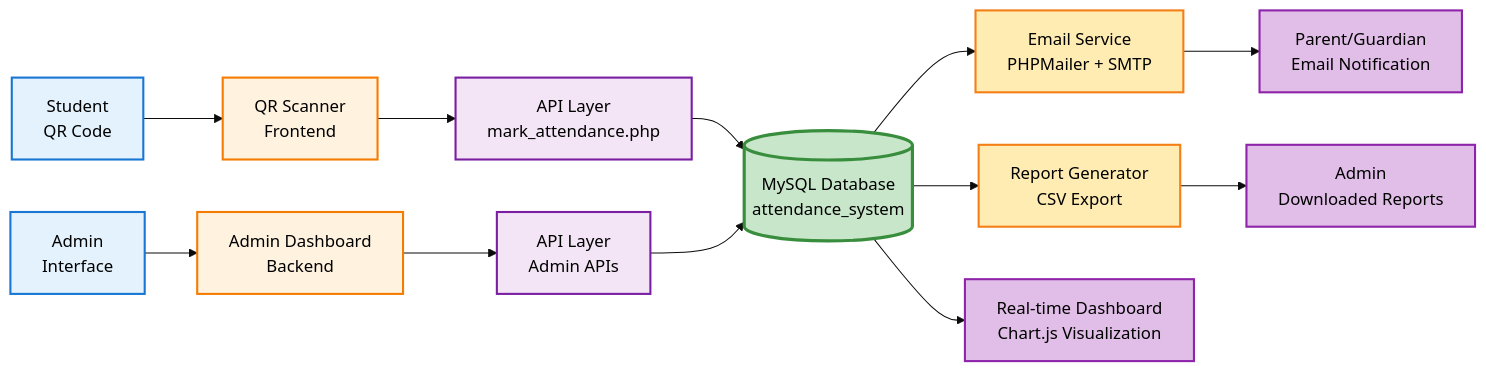
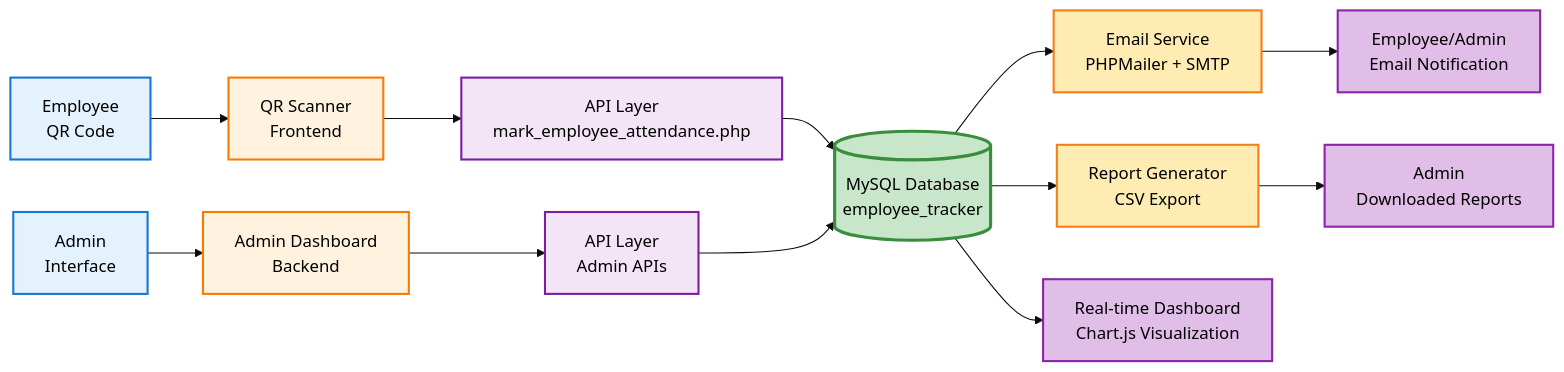
One commit to TsmHabib03/EAT changed the seventh of 8 diagrams in GENERAL_PROCEDURE_FLOWCHART.md. Above: the diagram before and after it, drawn with Mermaid (base theme). The commit also changed other lines of this file and 64 other files, not shown here.

````diff
--- a/GENERAL_PROCEDURE_FLOWCHART.md
+++ b/GENERAL_PROCEDURE_FLOWCHART.md
@@ -319,32 +319,32 @@
 ```mermaid
 flowchart LR
-    A[Student<br/>QR Code] --> B[QR Scanner<br/>Frontend]
+    A[Employee<br/>QR Code] --> B[QR Scanner<br/>Frontend]
     C[Admin<br/>Interface] --> D[Admin Dashboard<br/>Backend]
     
-    B --> E[API Layer<br/>mark_attendance.php]
+    B --> E[API Layer<br/>mark_employee_attendance.php]
     D --> F[API Layer<br/>Admin APIs]
     
-    E --> G[(MySQL Database<br/>attendance_system)]
+    E --> G[(MySQL Database<br/>employee_tracker)]
     F --> G
     
     G --> H[Email Service<br/>PHPMailer + SMTP]
     G --> I[Report Generator<br/>CSV Export]
     
-    H --> J[Parent/Guardian<br/>Email Notification]
+    H --> J[Employee/Admin<br/>Email Notification]
     I --> K[Admin<br/>Downloaded Reports]
     
     G --> L[Real-time Dashboard<br/>Chart.js Visualization]
     
     style A fill:#E3F2FD,stroke:#1976D2,stroke-width:2px,color:#000
     style C fill:#E3F2FD,stroke:#1976D2,stroke-width:2px,color:#000
     style B fill:#FFF3E0,stroke:#F57C00,stroke-width:2px,color:#000
     style D fill:#FFF3E0,stroke:#F57C00,stroke-width:2px,color:#000
     style E fill:#F3E5F5,stroke:#7B1FA2,stroke-width:2px,color:#000
     style F fill:#F3E5F5,stroke:#7B1FA2,stroke-width:2px,color:#000
     style G fill:#C8E6C9,stroke:#388E3C,stroke-width:3px,color:#000
     style H fill:#FFECB3,stroke:#F57F17,stroke-width:2px,color:#000
     style I fill:#FFECB3,stroke:#F57F17,stroke-width:2px,color:#000
     style J fill:#E1BEE7,stroke:#8E24AA,stroke-width:2px,color:#000
     style K fill:#E1BEE7,stroke:#8E24AA,stroke-width:2px,color:#000
     style L fill:#E1BEE7,stroke:#8E24AA,stroke-width:2px,color:#000
 ```
````
